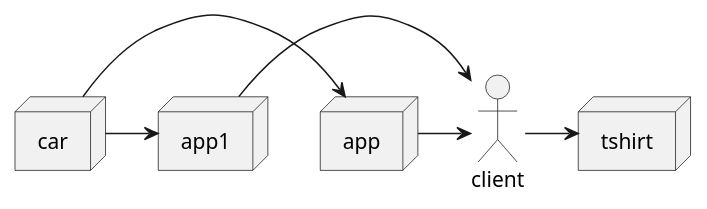
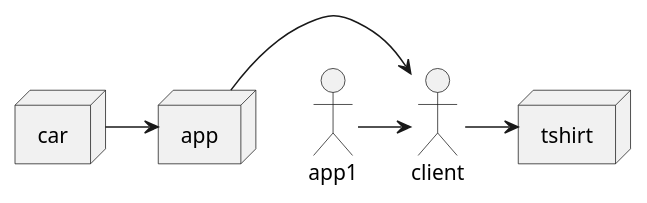
The diagram in 6.puml (mykolenkomitya/uml), drawn with PlantUML before and after one commit. The commit also changed 5 other files, not shown here.

```diff
--- a/6.puml
+++ b/6.puml
@@ -1,13 +1,11 @@
 @startuml
 actor client
 node app
-node app1
 node car
 node tshirt
 
 car -> app
-car -> app1
 app -> client
 app1 -> client
 client -> tshirt
 @enduml
```
